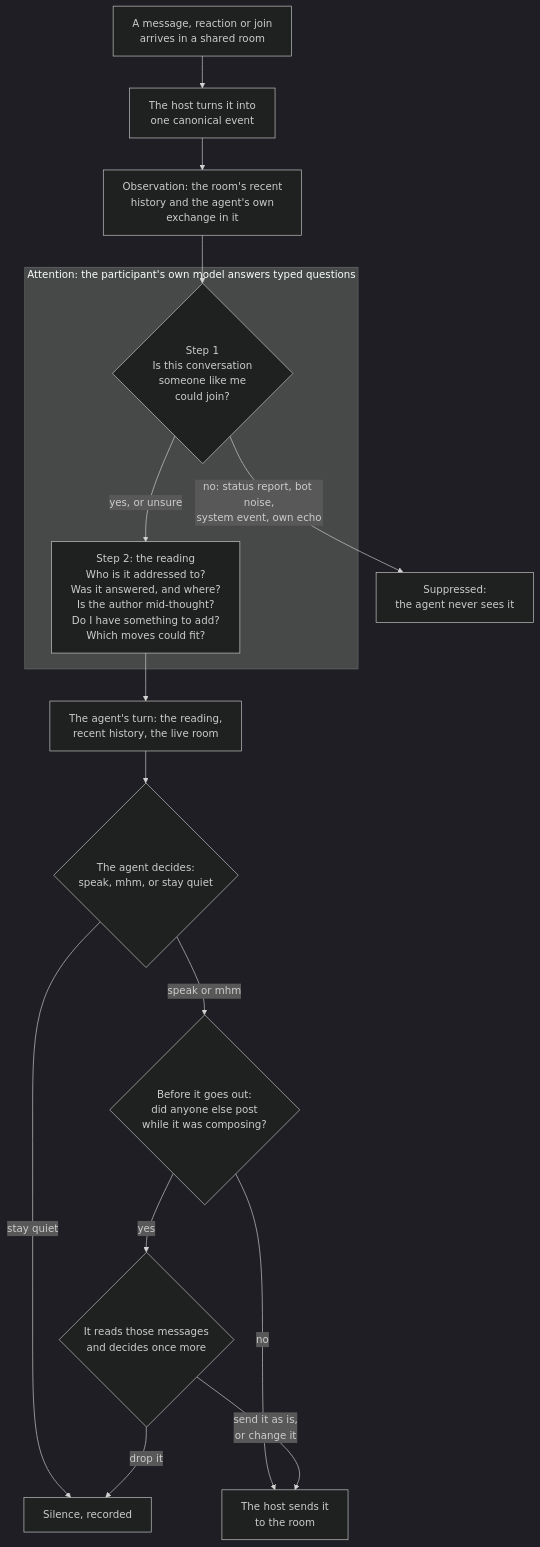
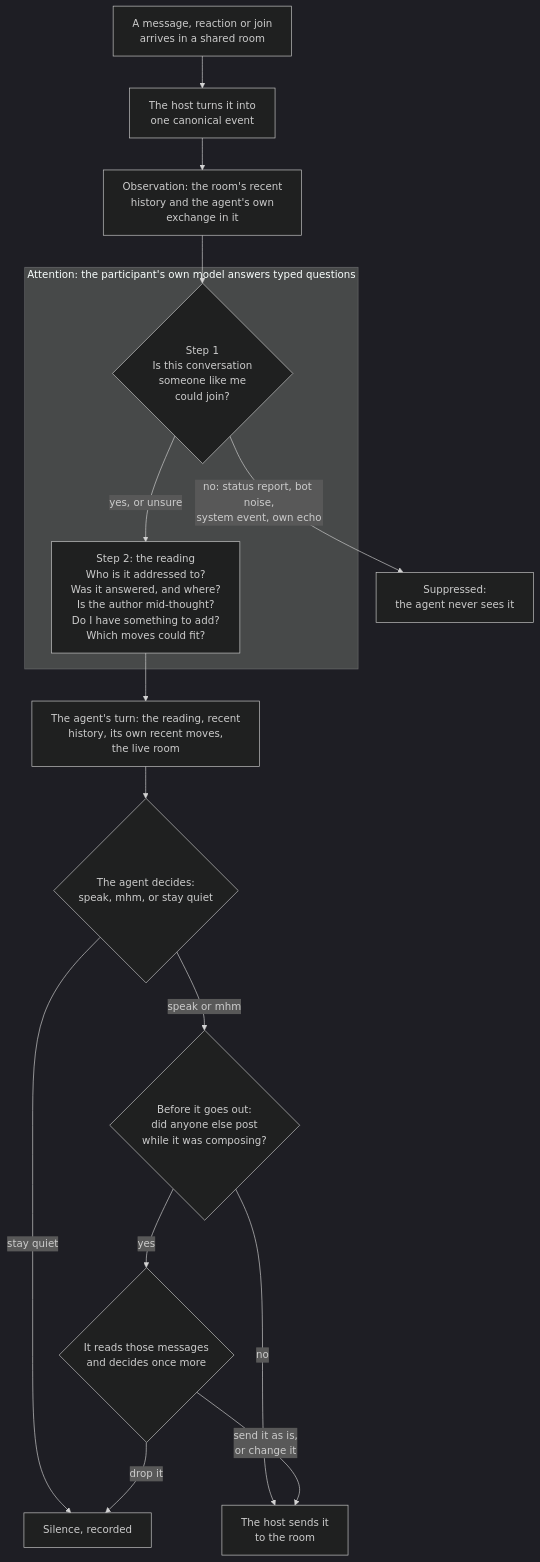
Before and after one commit to mentatzoe/nunchi: the first of 3 diagrams in README.md, drawn with Mermaid (dark theme). The commit also changed 18 other files, not shown here.

````diff
--- a/README.md
+++ b/README.md
@@ -17,21 +17,21 @@
 ```mermaid
 %%{init: {"flowchart": {"wrappingWidth": 360}}}%%
 flowchart TD
     msg["A message, reaction or join<br/>arrives in a shared room"] --> adapter["The host turns it into<br/>one canonical event"]
     adapter --> obs["Observation: the room's recent<br/>history and the agent's own<br/>exchange in it"]
     obs --> s1
     subgraph attention["Attention: the participant's own model answers typed questions"]
         s1{"Step 1<br/>Is this conversation<br/>someone like me<br/>could join?"}
         s2["Step 2: the reading<br/>Who is it addressed to?<br/>Was it answered, and where?<br/>Is the author mid-thought?<br/>Do I have something to add?<br/>Which moves could fit?"]
         s1 -- "yes, or unsure" --> s2
     end
     s1 -- "no: status report, bot noise,<br/>system event, own echo" --> hidden["Suppressed:<br/>the agent never sees it"]
-    s2 --> turn["The agent's turn: the reading,<br/>recent history, the live room"]
+    s2 --> turn["The agent's turn: the reading, recent<br/>history, its own recent moves,<br/>the live room"]
     turn --> decide{"The agent decides:<br/>speak, mhm, or stay quiet"}
     decide -- "stay quiet" --> silent["Silence, recorded"]
     decide -- "speak or mhm" --> look{"Before it goes out:<br/>did anyone else post<br/>while it was composing?"}
     look -- "no" --> send["The host sends it<br/>to the room"]
     look -- "yes" --> again{"It reads those messages<br/>and decides once more"}
     again -- "send it as is,<br/>or change it" --> send
     again -- "drop it" --> silent
 ```
````
